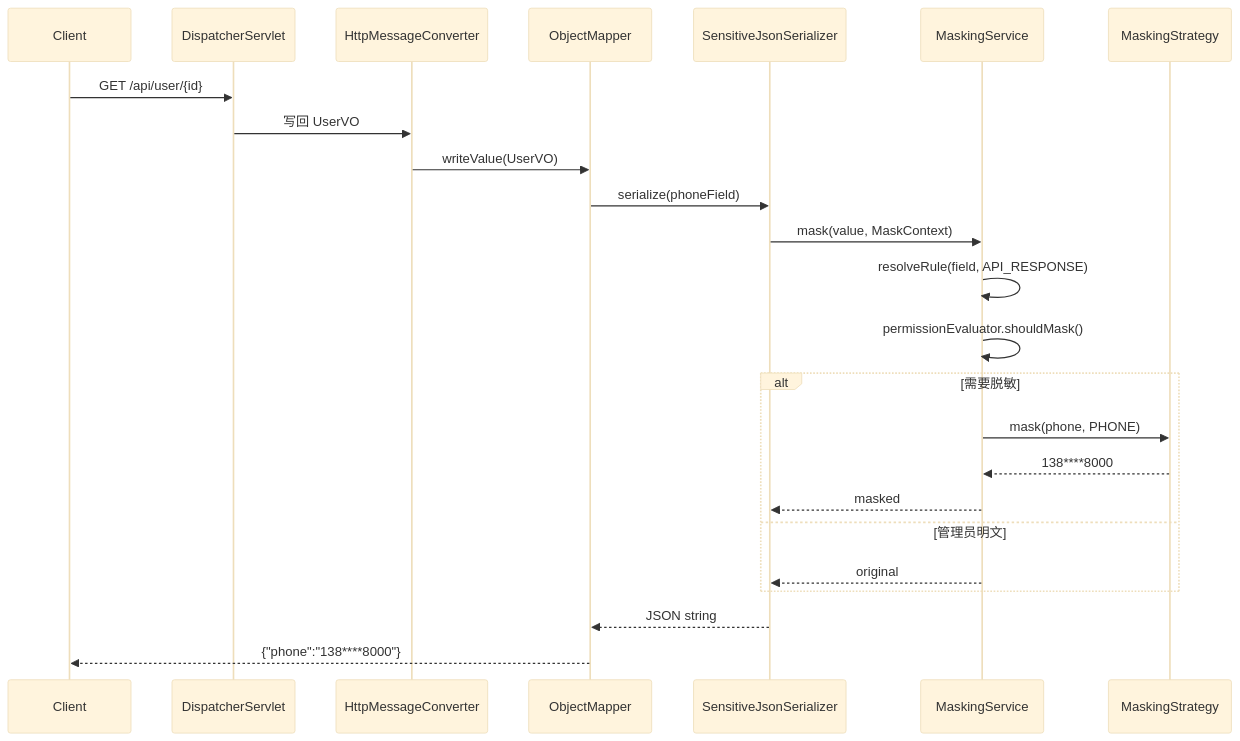
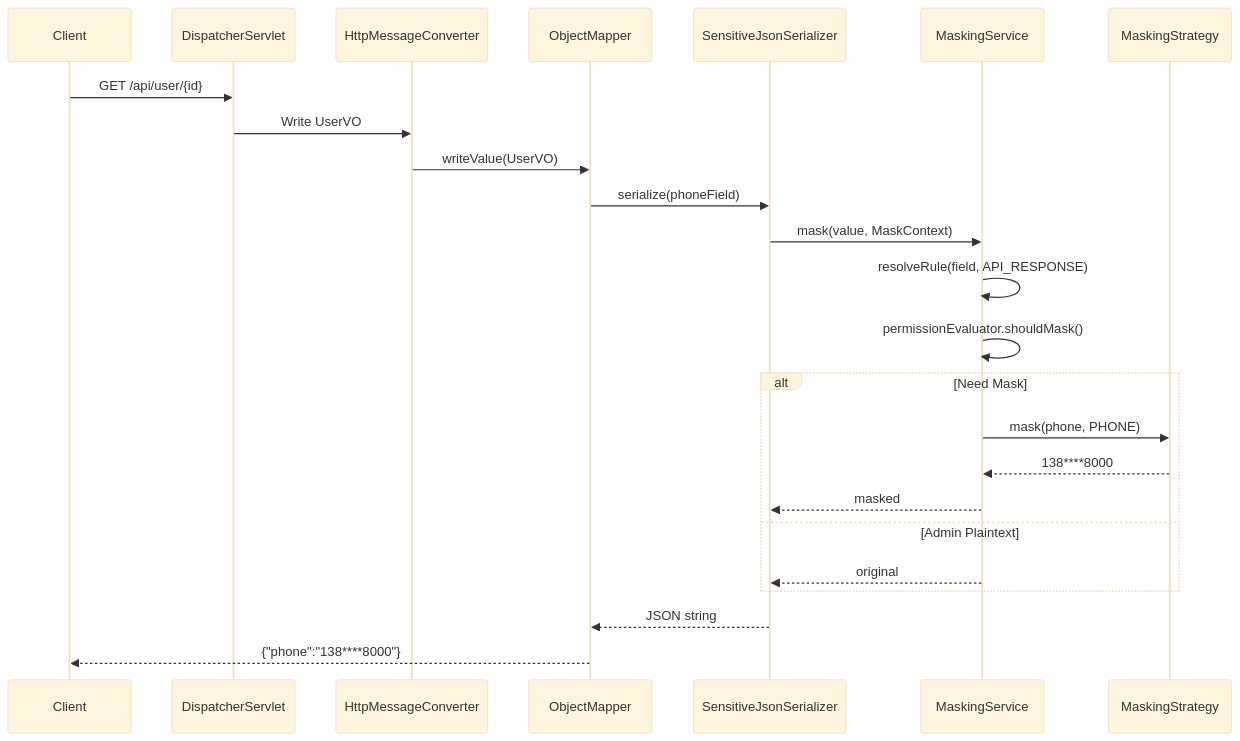
One commit to richie696/atlas-richie-platform changed the fourth of 9 diagrams in atlas-richie-component/atlas-richie-component-desensitize/README.md. Above: the diagram before and after it, drawn with Mermaid (base theme). The commit also changed other lines of this file and 69 other files, not shown here.

````diff
--- a/atlas-richie-component/atlas-richie-component-desensitize/README.md
+++ b/atlas-richie-component/atlas-richie-component-desensitize/README.md
@@ -133,27 +186,27 @@
 ```mermaid
 sequenceDiagram
     participant C as Client
     participant DS as DispatcherServlet
     participant HC as HttpMessageConverter
     participant OM as ObjectMapper
     participant SS as SensitiveJsonSerializer
     participant MS as MaskingService
     participant ST as MaskingStrategy
 
     C->>DS: GET /api/user/{id}
-    DS->>HC: 写回 UserVO
+    DS->>HC: Write UserVO
     HC->>OM: writeValue(UserVO)
     OM->>SS: serialize(phoneField)
     SS->>MS: mask(value, MaskContext)
     MS->>MS: resolveRule(field, API_RESPONSE)
     MS->>MS: permissionEvaluator.shouldMask()
-    alt 需要脱敏
+    alt Need Mask
         MS->>ST: mask(phone, PHONE)
         ST-->>MS: 138****8000
         MS-->>SS: masked
-    else 管理员明文
+    else Admin Plaintext
         MS-->>SS: original
     end
     SS-->>OM: JSON string
     OM-->>C: {"phone":"138****8000"}
 ```
````
